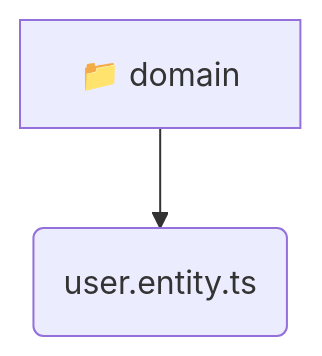
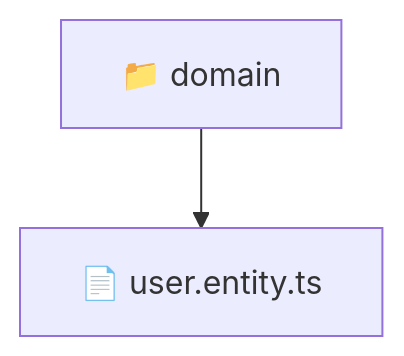
One commit to beginwebdev2002/fullstack-mavluda changed the diagram in backend/src/modules/user/domain/README.md. Above: the diagram before and after it, drawn with Mermaid. The commit also changed other lines of this file and 163 other files, not shown here.

````diff
--- a/backend/src/modules/user/domain/README.md
+++ b/backend/src/modules/user/domain/README.md
@@ -9,5 +10,5 @@
 ```mermaid
 graph TD
-  domain[📁 domain]
-  domain --> domain_user_entity_ts(user.entity.ts)
+  Root["📁 domain"]
+  Root --> userentityts["📄 user.entity.ts"]
 ```
````
